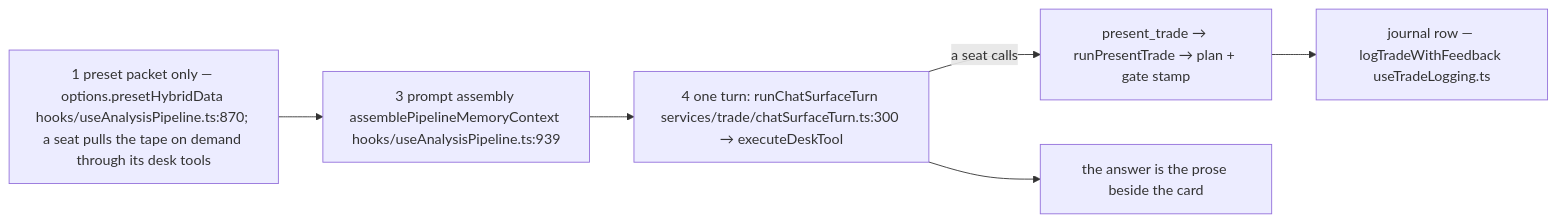
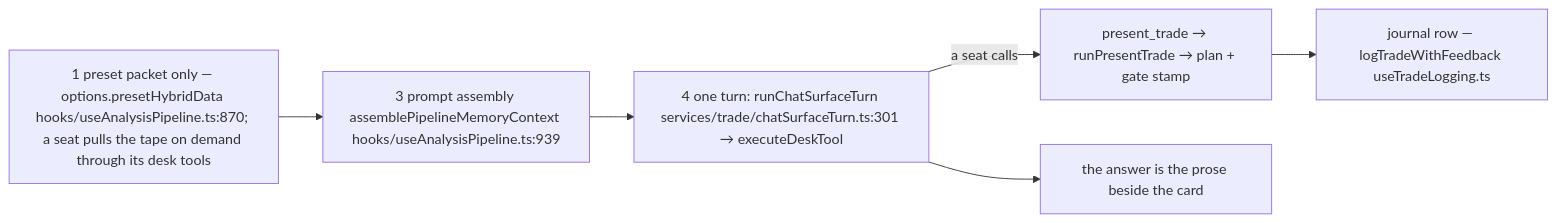
The third of 8 diagrams in docs/app-flow.md (Acepay25/august-3.5), drawn with Mermaid before and after one commit. The commit also changed other lines of this file and 2 other files, not shown here.

````diff
--- a/docs/app-flow.md
+++ b/docs/app-flow.md
@@ -260,8 +260,8 @@
 ```mermaid
 flowchart LR
     S1["1 preset packet only — options.presetHybridData hooks/useAnalysisPipeline.ts:870; a seat pulls the tape on demand through its desk tools"] --> S3["3 prompt assembly assemblePipelineMemoryContext hooks/useAnalysisPipeline.ts:939"]
-    S3 --> S4["4 one turn: runChatSurfaceTurn services/trade/chatSurfaceTurn.ts:300 → executeDeskTool"]
+    S3 --> S4["4 one turn: runChatSurfaceTurn services/trade/chatSurfaceTurn.ts:301 → executeDeskTool"]
     S4 -->|a seat calls| PT["present_trade → runPresentTrade → plan + gate stamp"]
     PT --> JR["journal row — logTradeWithFeedback useTradeLogging.ts"]
     S4 --> ANS["the answer is the prose beside the card"]
 ```
````
